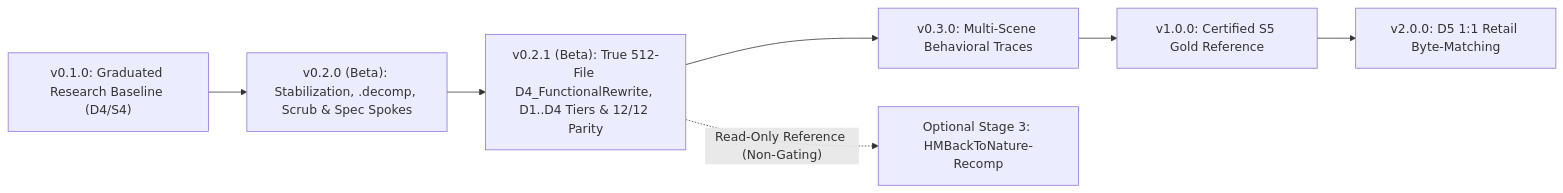
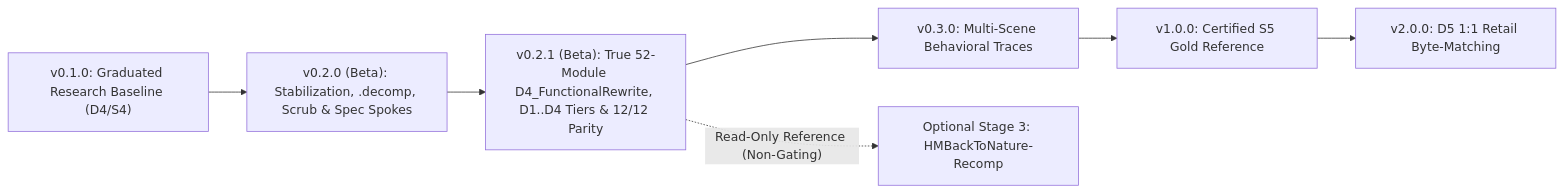
One commit to StreamResearch/HarvestMoonBackToNature-PlayStation changed the diagram in ROADMAP.md. Above: the diagram before and after it, drawn with Mermaid. The commit also changed other lines of this file and 33 other files, not shown here.

````diff
--- a/ROADMAP.md
+++ b/ROADMAP.md
@@ -15,9 +15,9 @@
 ```mermaid
 flowchart LR
     V010["v0.1.0: Graduated Research Baseline (D4/S4)"] --> V020["v0.2.0 (Beta): Stabilization, .decomp, Scrub & Spec Spokes"]
-    V020 --> V021["v0.2.1 (Beta): True 512-File D4_FunctionalRewrite, D1..D4 Tiers & 12/12 Parity"]
+    V020 --> V021["v0.2.1 (Beta): True 52-Module D4_FunctionalRewrite, D1..D4 Tiers & 12/12 Parity"]
     V021 --> V030["v0.3.0: Multi-Scene Behavioral Traces"]
     V030 --> V100["v1.0.0: Certified S5 Gold Reference"]
     V100 --> V200["v2.0.0: D5 1:1 Retail Byte-Matching"]
     V021 -. "Read-Only Reference (Non-Gating)" .-> OptR["Optional Stage 3: HMBackToNature-Recomp"]
 ```
````
